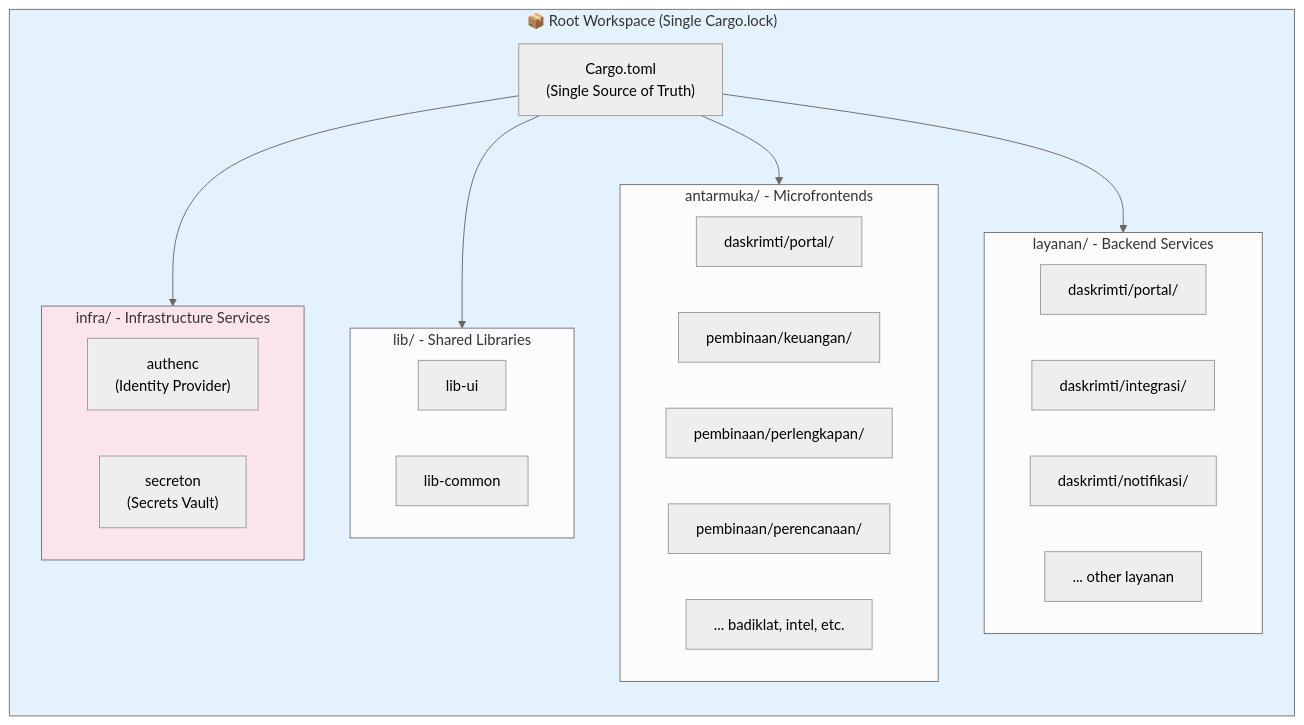
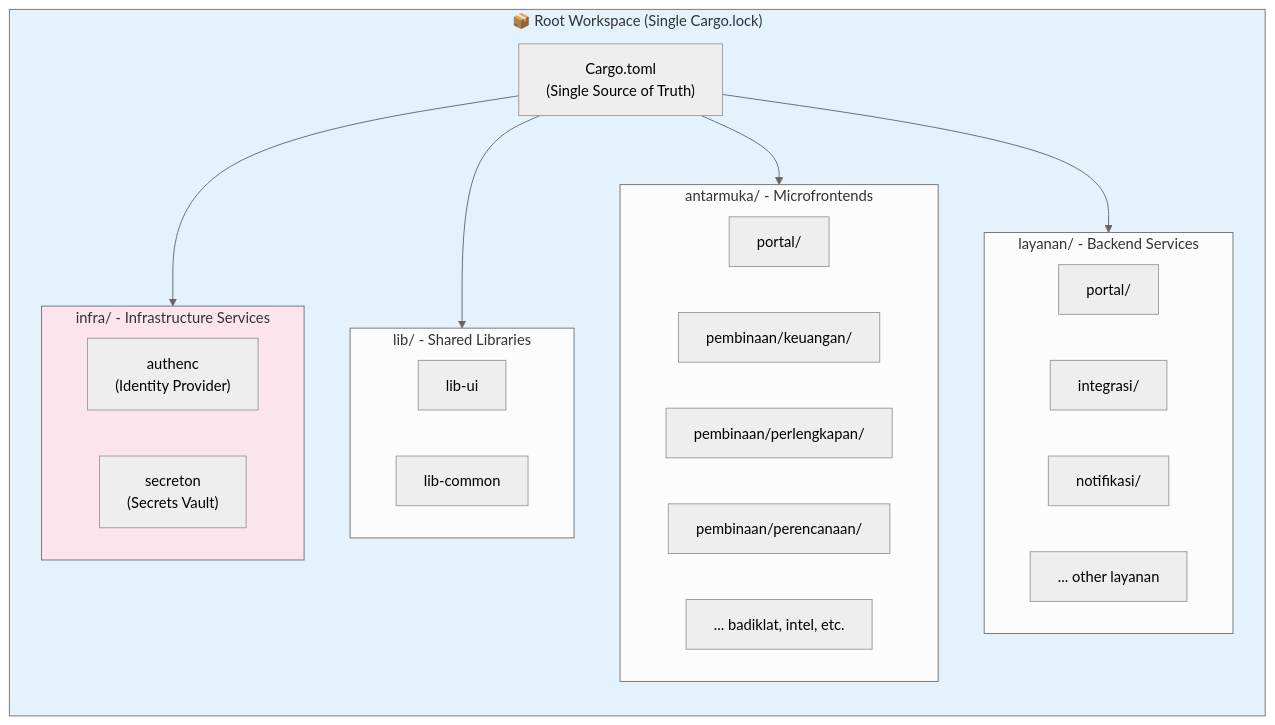
One commit to analisaperlengkapan/simpel2 changed the second of 3 diagrams in AGENTS.md. Above: the diagram before and after it, drawn with Mermaid (neutral theme). The commit also changed other lines of this file and 1763 other files, not shown here.

````diff
--- a/AGENTS.md
+++ b/AGENTS.md
@@ -100,40 +100,40 @@
 ```mermaid
 flowchart LR
     subgraph Root["📦 Root Workspace (Single Cargo.lock)"]
         direction TB
         CT["Cargo.toml<br/>(Single Source of Truth)"]
 
         subgraph Lib["lib/ - Shared Libraries"]
             LU["lib-ui"]
             LC["lib-common"]
         end
 
         subgraph Antarmuka["antarmuka/ - Microfrontends"]
-            AP["daskrimti/portal/"]
+            AP["portal/"]
             APK["pembinaan/keuangan/"]
             APP["pembinaan/perlengkapan/"]
             APR["pembinaan/perencanaan/"]
             AN["... badiklat, intel, etc."]
         end
 
         subgraph Layanan["layanan/ - Backend Services"]
-            SP["daskrimti/portal/"]
-            SI["daskrimti/integrasi/"]
-            SN["daskrimti/notifikasi/"]
+            SP["portal/"]
+            SI["integrasi/"]
+            SN["notifikasi/"]
             LPN["... other layanan"]
         end
 
         subgraph Infra["infra/ - Infrastructure Services"]
             AUTH["authenc<br/>(Identity Provider)"]
             SEC["secreton<br/>(Secrets Vault)"]
         end
     end
 
     CT --> Lib
     CT --> Antarmuka
     CT --> Layanan
     CT --> Infra
 
     style Root fill:#e3f2fd
     style Infra fill:#fce4ec
 ```
````
